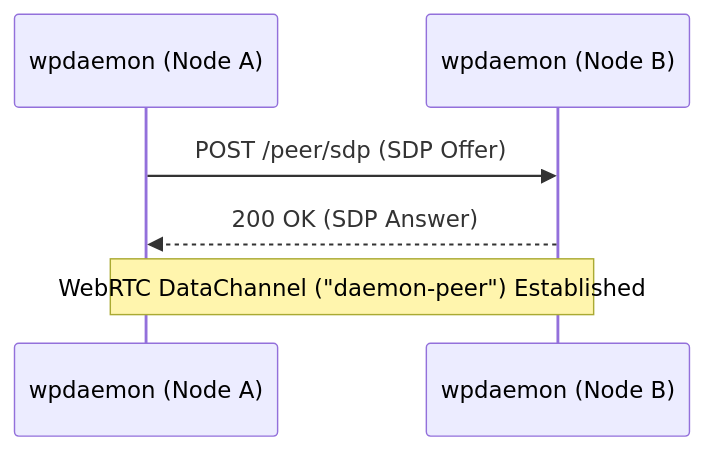
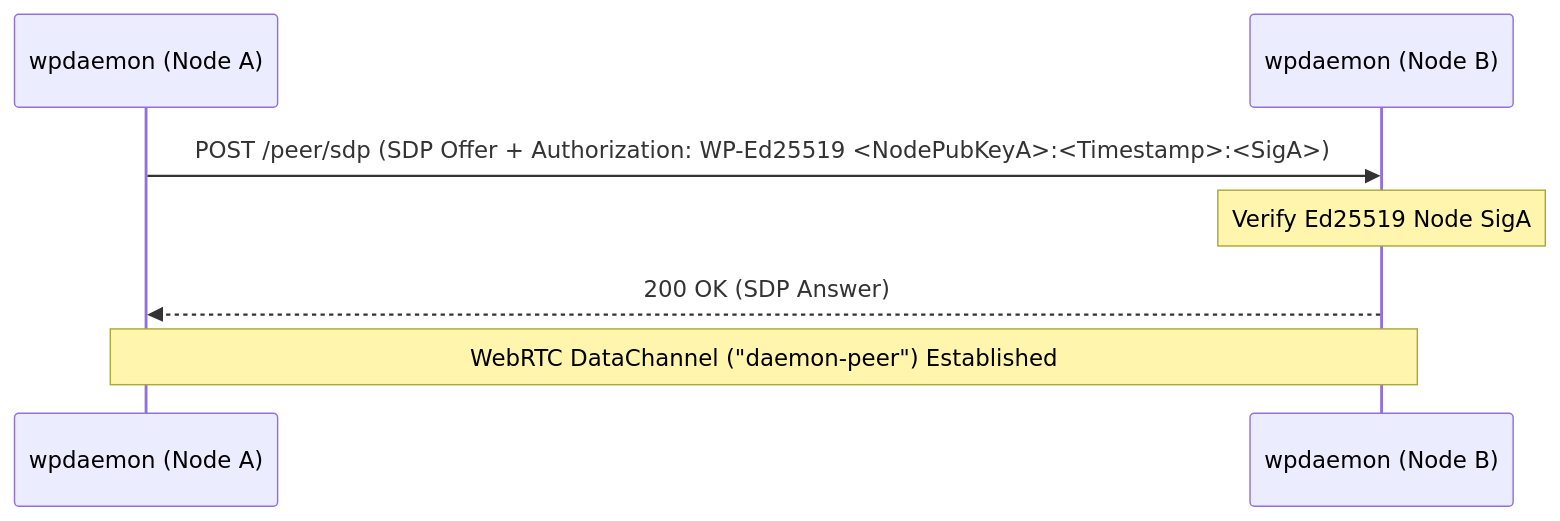
One commit to haruki7049/web-phone changed the diagram in docs/WPIP-05.md. Above: the diagram before and after it, drawn with Mermaid. The commit also changed other lines of this file and 7 other files, not shown here.

````diff
--- a/docs/WPIP-05.md
+++ b/docs/WPIP-05.md
@@ -26,9 +27,10 @@
 ```mermaid
 sequenceDiagram
     participant DaemonA as wpdaemon (Node A)
     participant DaemonB as wpdaemon (Node B)
 
-    DaemonA->>DaemonB: POST /peer/sdp (SDP Offer)
+    DaemonA->>DaemonB: POST /peer/sdp (SDP Offer + Authorization: WP-Ed25519 <NodePubKeyA>:<Timestamp>:<SigA>)
+    Note over DaemonB: Verify Ed25519 Node SigA
     DaemonB-->>DaemonA: 200 OK (SDP Answer)
     Note over DaemonA,DaemonB: WebRTC DataChannel ("daemon-peer") Established
 ```
````
